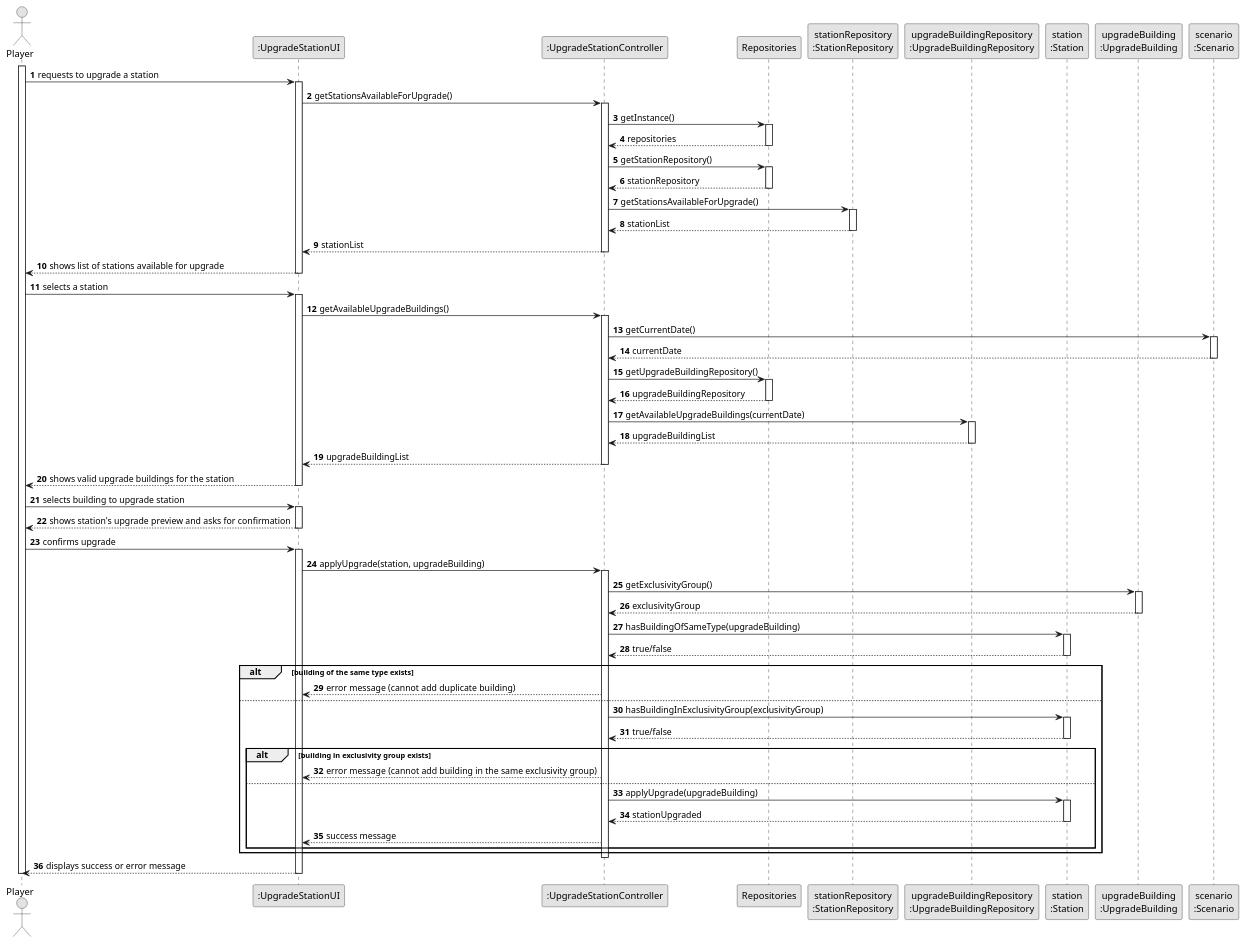
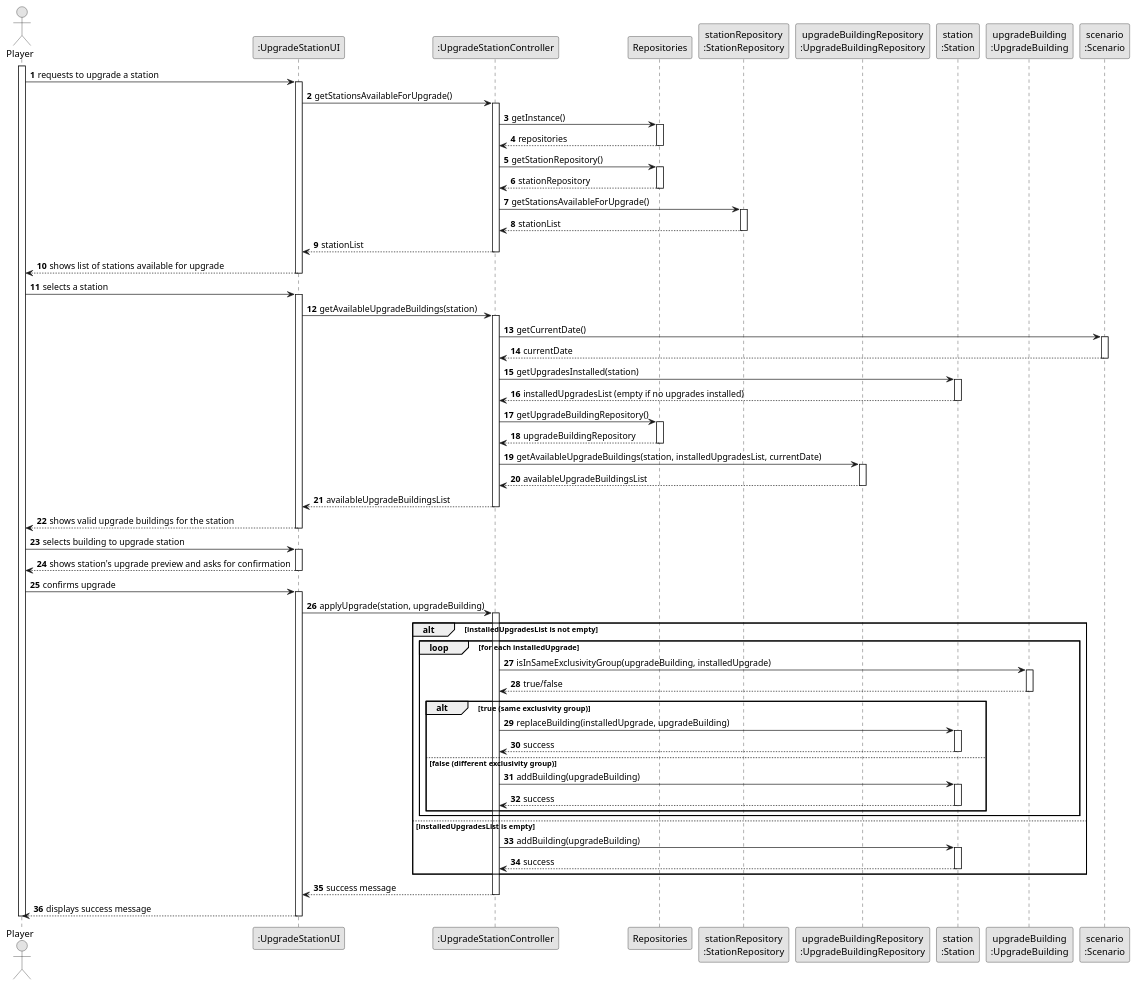
One commit to Educ00/mdisc-2425 changed the diagram in docs/system-documentation/sprint 2/US06/03.design/puml/US006-SD-full.puml. Above: the diagram before and after it, drawn with PlantUML. The commit also changed other lines of this file and 4 other files, not shown here.

```diff
--- a/docs/system-documentation/sprint 2/US06/03.design/puml/US006-SD-full.puml
+++ b/docs/system-documentation/sprint 2/US06/03.design/puml/US006-SD-full.puml
@@ -106,127 +1,126 @@
 @startuml
-skinparam monochrome true
-skinparam packageStyle rectangle
-skinparam shadowing false
+                            skinparam monochrome true
+                            skinparam packageStyle rectangle
+                            skinparam shadowing false
 
-autonumber
+                            autonumber
 
-actor "Player" as PLAYER
-participant ":UpgradeStationUI" as UI
-participant ":UpgradeStationController" as CTRL
-participant "Repositories" as REPOS
-participant "stationRepository\n:StationRepository" as STATION_REPO
-participant "upgradeBuildingRepository\n:UpgradeBuildingRepository" as UPGRADE_BUILDING_REPO
-participant "station\n:Station" as STATION
-participant "upgradeBuilding\n:UpgradeBuilding" as UPGRADE_BUILDING
-participant "scenario\n:Scenario" as SCENARIO
+                            actor "Player" as PLAYER
+                            participant ":UpgradeStationUI" as UI
+                            participant ":UpgradeStationController" as CTRL
+                            participant "Repositories" as REPOS
+                            participant "stationRepository\n:StationRepository" as STATION_REPO
+                            participant "upgradeBuildingRepository\n:UpgradeBuildingRepository" as UPGRADE_BUILDING_REPO
+                            participant "station\n:Station" as STATION
+                            participant "upgradeBuilding\n:UpgradeBuilding" as UPGRADE_BUILDING
+                            participant "scenario\n:Scenario" as SCENARIO
 
-activate PLAYER
+                            activate PLAYER
 
-    PLAYER -> UI : requests to upgrade a station
-    activate UI
+                                PLAYER -> UI : requests to upgrade a station
+                                activate UI
 
-        UI -> CTRL : getStationsAvailableForUpgrade()
-        activate CTRL
+                                    UI -> CTRL : getStationsAvailableForUpgrade()
+                                    activate CTRL
 
-            CTRL -> REPOS : getInstance()
-            activate REPOS
+                                        CTRL -> REPOS : getInstance()
+                                        activate REPOS
 
-                REPOS --> CTRL : repositories
-            deactivate REPOS
+                                            REPOS --> CTRL : repositories
+                                        deactivate REPOS
 
-            CTRL -> REPOS : getStationRepository()
-            activate REPOS
+                                        CTRL -> REPOS : getStationRepository()
+                                        activate REPOS
 
-                REPOS --> CTRL : stationRepository
-            deactivate REPOS
+                                            REPOS --> CTRL : stationRepository
+                                        deactivate REPOS
 
-            CTRL -> STATION_REPO : getStationsAvailableForUpgrade()
-            activate STATION_REPO
-                STATION_REPO --> CTRL : stationList
-            deactivate STATION_REPO
+                                        CTRL -> STATION_REPO : getStationsAvailableForUpgrade()
+                                        activate STATION_REPO
+                                            STATION_REPO --> CTRL : stationList
+                                        deactivate STATION_REPO
 
-            CTRL --> UI : stationList
-        deactivate CTRL
+                                        CTRL --> UI : stationList
+                                    deactivate CTRL
 
-        UI --> PLAYER : shows list of stations available for upgrade
-    deactivate UI
+                                    UI --> PLAYER : shows list of stations available for upgrade
+                                deactivate UI
 
-    PLAYER -> UI : selects a station
-    activate UI
+                                PLAYER -> UI : selects a station
+                                activate UI
 
-        UI -> CTRL : getAvailableUpgradeBuildings()
-        activate CTRL
+                                    UI -> CTRL : getAvailableUpgradeBuildings(station)
+                                    activate CTRL
 
-        CTRL -> SCENARIO : getCurrentDate()
-                    activate SCENARIO
+                                    CTRL -> SCENARIO : getCurrentDate()
+                                        activate SCENARIO
+                                            SCENARIO --> CTRL : currentDate
+                                        deactivate SCENARIO
 
-                        SCENARIO --> CTRL : currentDate
-                    deactivate SCENARIO
+                                    CTRL -> STATION : getUpgradesInstalled(station)
+                                    activate STATION
+                                        STATION --> CTRL : installedUpgradesList (empty if no upgrades installed)
+                                    deactivate STATION
 
-            CTRL -> REPOS : getUpgradeBuildingRepository()
-            activate REPOS
+                                    CTRL -> REPOS : getUpgradeBuildingRepository()
+                                    activate REPOS
 
-                REPOS --> CTRL : upgradeBuildingRepository
-            deactivate REPOS
+                                        REPOS --> CTRL : upgradeBuildingRepository
+                                    deactivate REPOS
 
-            CTRL -> UPGRADE_BUILDING_REPO : getAvailableUpgradeBuildings(currentDate)
-            activate UPGRADE_BUILDING_REPO
-                UPGRADE_BUILDING_REPO --> CTRL : upgradeBuildingList
-            deactivate UPGRADE_BUILDING_REPO
+                                    CTRL -> UPGRADE_BUILDING_REPO : getAvailableUpgradeBuildings(station, installedUpgradesList, currentDate)
+                                    activate UPGRADE_BUILDING_REPO
+                                        UPGRADE_BUILDING_REPO --> CTRL : availableUpgradeBuildingsList
+                                    deactivate UPGRADE_BUILDING_REPO
 
-            CTRL --> UI : upgradeBuildingList
-        deactivate CTRL
+                                    CTRL --> UI : availableUpgradeBuildingsList
+                                deactivate CTRL
 
-        UI --> PLAYER : shows valid upgrade buildings for the station
-    deactivate UI
+                                UI --> PLAYER : shows valid upgrade buildings for the station
+                            deactivate UI
 
-    PLAYER -> UI : selects building to upgrade station
-    activate UI
+                                PLAYER -> UI : selects building to upgrade station
+                                activate UI
 
-' Para cima esta bem e revisto, ver o resto a partir daqui
-        UI --> PLAYER : shows station's upgrade preview and asks for confirmation
-    deactivate UI
+                                    UI --> PLAYER : shows station's upgrade preview and asks for confirmation
+                                                        deactivate UI
 
-    PLAYER -> UI : confirms upgrade
-    activate UI
+                                PLAYER -> UI : confirms upgrade
+                                activate UI
+                                    UI -> CTRL : applyUpgrade(station, upgradeBuilding)
+                                    activate CTRL
 
-        UI -> CTRL : applyUpgrade(station, upgradeBuilding)
-        activate CTRL
+                                        alt installedUpgradesList is not empty
+                                            loop for each installedUpgrade
+                                                CTRL -> UPGRADE_BUILDING : isInSameExclusivityGroup(upgradeBuilding, installedUpgrade)
+                                                activate UPGRADE_BUILDING
+                                                    UPGRADE_BUILDING --> CTRL : true/false
+                                                deactivate UPGRADE_BUILDING
 
-            CTRL -> UPGRADE_BUILDING : getExclusivityGroup()
-            activate UPGRADE_BUILDING
-                UPGRADE_BUILDING --> CTRL : exclusivityGroup
-            deactivate UPGRADE_BUILDING
+                                                alt true (same exclusivity group)
+                                                    CTRL -> STATION : replaceBuilding(installedUpgrade, upgradeBuilding)
+                                                    activate STATION
+                                                        STATION --> CTRL : success
+                                                    deactivate STATION
+                                                else false (different exclusivity group)
+                                                    CTRL -> STATION : addBuilding(upgradeBuilding)
+                                                    activate STATION
+                                                        STATION --> CTRL : success
+                                                    deactivate STATION
+                                                end
+                                            end
+                                        else installedUpgradesList is empty
+                                            CTRL -> STATION : addBuilding(upgradeBuilding)
+                                            activate STATION
+                                                STATION --> CTRL : success
+                                            deactivate STATION
+                                        end
 
-            CTRL -> STATION : hasBuildingOfSameType(upgradeBuilding)
-            activate STATION
-                STATION --> CTRL : true/false
-            deactivate STATION
+                                        CTRL --> UI : success message
+                                    deactivate CTRL
 
-            alt building of the same type exists
-                CTRL --> UI : error message (cannot add duplicate building)
-            else
-                CTRL -> STATION : hasBuildingInExclusivityGroup(exclusivityGroup)
-                activate STATION
-                    STATION --> CTRL : true/false
-                deactivate STATION
+                                    UI --> PLAYER : displays success message
+                                deactivate UI
 
-                alt building in exclusivity group exists
-                    CTRL --> UI : error message (cannot add building in the same exclusivity group)
-                else
-                    CTRL -> STATION : applyUpgrade(upgradeBuilding)
-                    activate STATION
-                        STATION --> CTRL : stationUpgraded
-                    deactivate STATION
-
-                    CTRL --> UI : success message
-                end
-            end
-        deactivate CTRL
-
-        UI --> PLAYER : displays success or error message
-    deactivate UI
-
-deactivate PLAYER
-
-@enduml
+                            deactivate PLAYER
+                            @enduml
```
